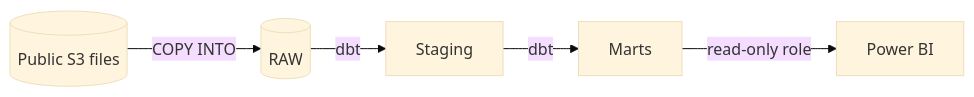
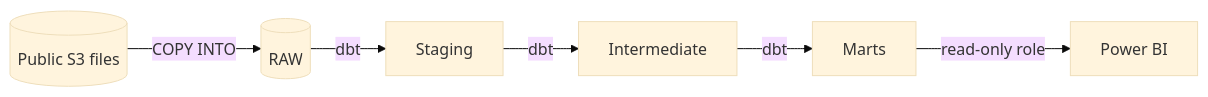
Before and after one commit to E2tenz/citibike-weather-elt: the diagram in README.md, drawn with Mermaid (base theme). The commit also changed other lines of this file and 1 other file, not shown here.

````diff
--- a/README.md
+++ b/README.md
@@ -7,7 +7,8 @@
 ```mermaid
 flowchart LR
     s3[("Public S3 files")] -->|"COPY INTO"| raw[("RAW")]
     raw -->|"dbt"| stg["Staging"]
-    stg -->|"dbt"| marts["Marts"]
+    stg -->|"dbt"| int["Intermediate"]
+    int -->|"dbt"| marts["Marts"]
     marts -->|"read-only role"| pbi["Power BI"]
 ```
````
